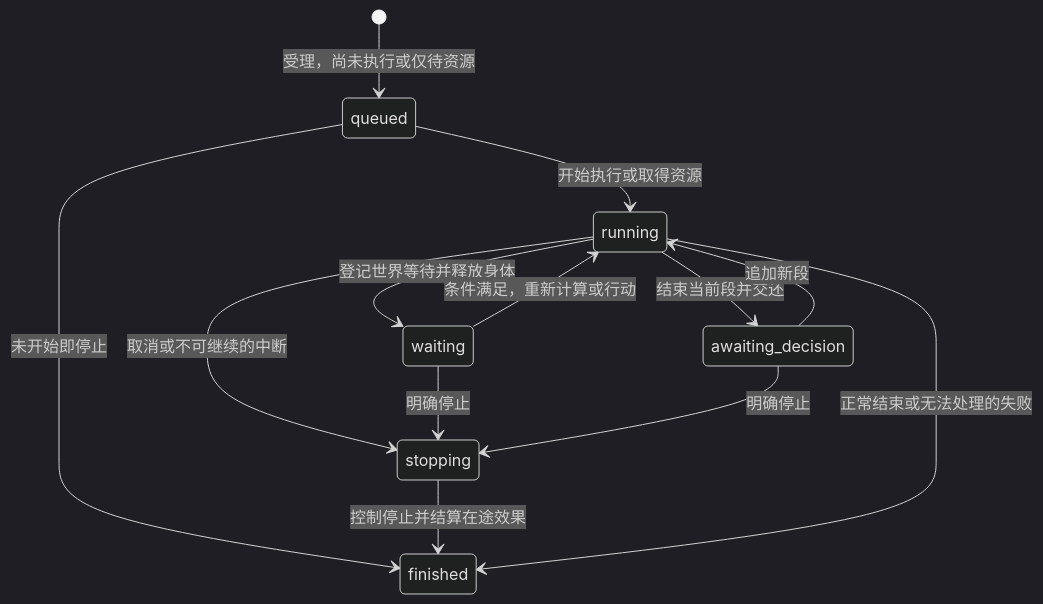
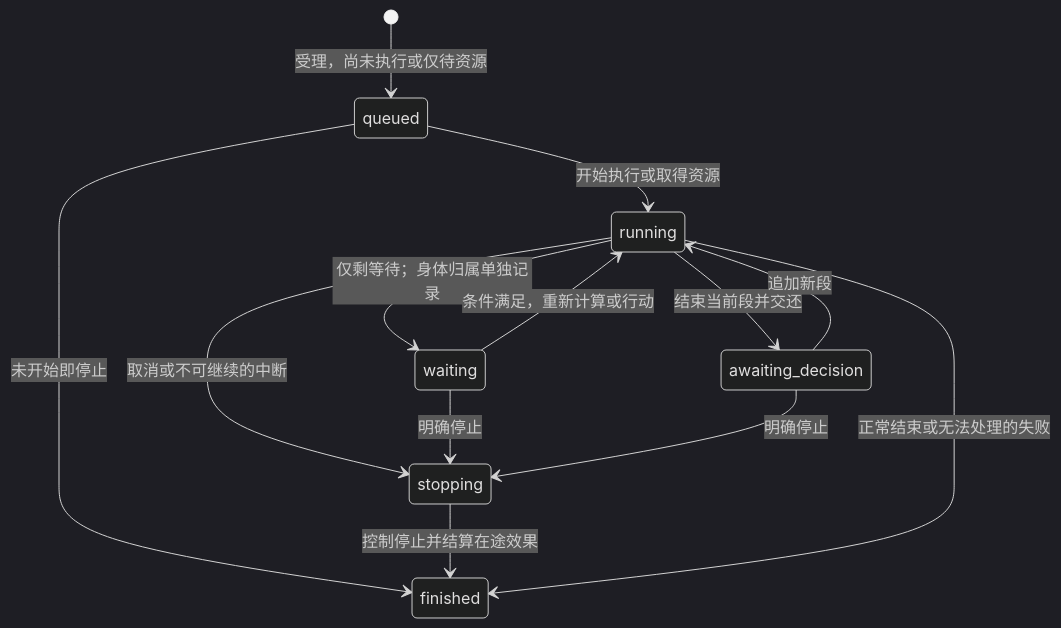
Before and after one commit to FanRec/uina-agent: the second of 2 diagrams in docs/proposals/mc/design.md, drawn with Mermaid (dark theme). The commit also changed other lines of this file and 10 other files, not shown here.

````diff
--- a/docs/proposals/mc/design.md
+++ b/docs/proposals/mc/design.md
@@ -437,15 +443,15 @@
 ```mermaid
 stateDiagram-v2
     [*] --> queued: 受理，尚未执行或仅待资源
     queued --> running: 开始执行或取得资源
-    running --> waiting: 登记世界等待并释放身体
+    running --> waiting: 仅剩等待；身体归属单独记录
     waiting --> running: 条件满足，重新计算或行动
     running --> awaiting_decision: 结束当前段并交还
     awaiting_decision --> running: 追加新段
     running --> stopping: 取消或不可继续的中断
     waiting --> stopping: 明确停止
     awaiting_decision --> stopping: 明确停止
     queued --> finished: 未开始即停止
     stopping --> finished: 控制停止并结算在途效果
     running --> finished: 正常结束或无法处理的失败
 ```
````
